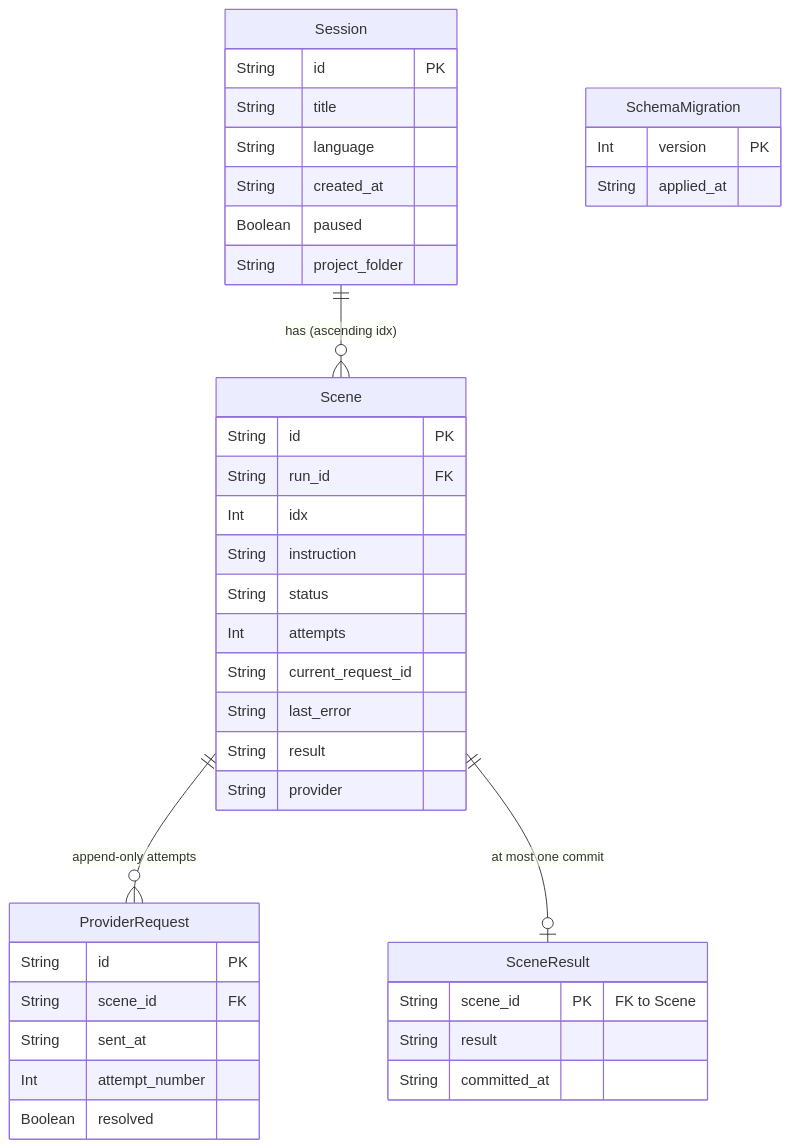
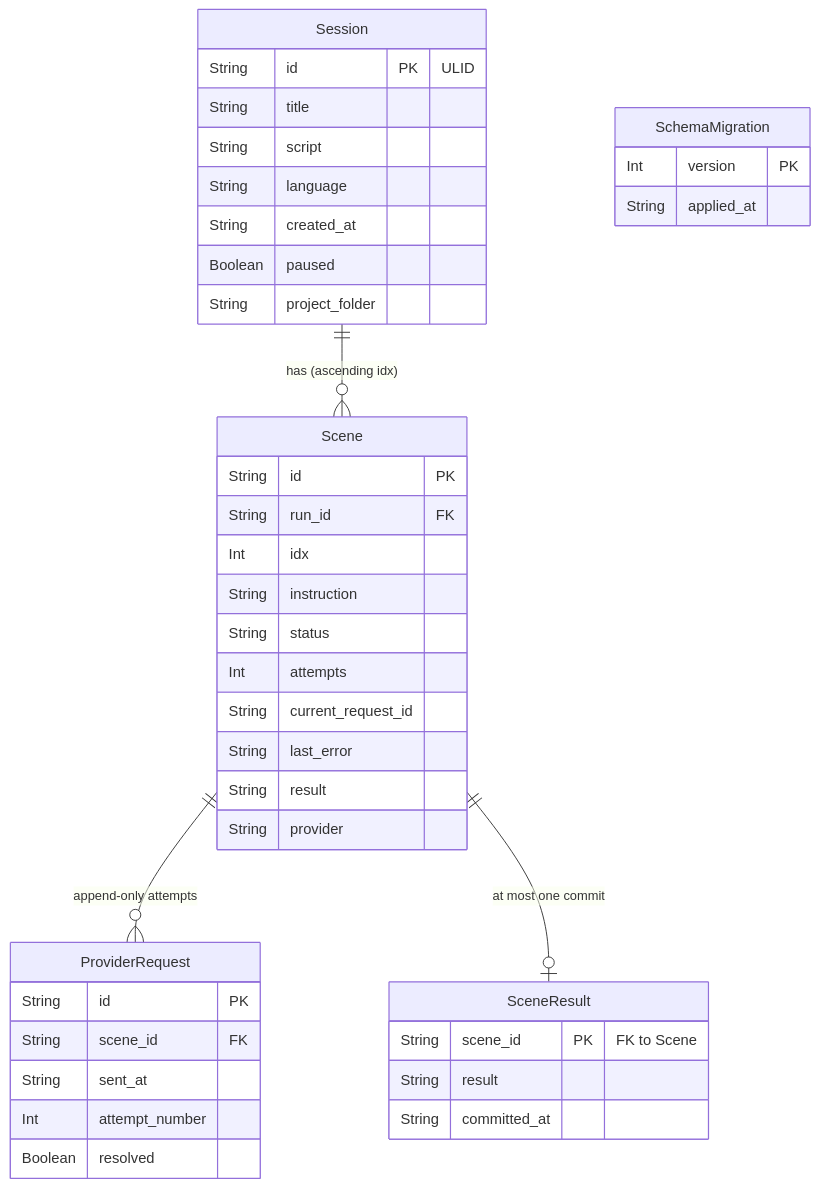
The diagram in docs/data-model.md (TonyMElguezabal/AI4Devs-finalproject), drawn with Mermaid before and after one commit. The commit also changed other lines of this file and 50 other files, not shown here.

````diff
--- a/docs/data-model.md
+++ b/docs/data-model.md
@@ -78,43 +79,44 @@
 ```mermaid
 erDiagram
     Session {
-        String id PK
+        String id PK "ULID"
         String title
+        String script
         String language
         String created_at
         Boolean paused
         String project_folder
     }
     Scene {
         String id PK
         String run_id FK
         Int idx
         String instruction
         String status
         Int attempts
         String current_request_id
         String last_error
         String result
         String provider
     }
     ProviderRequest {
         String id PK
         String scene_id FK
         String sent_at
         Int attempt_number
         Boolean resolved
     }
     SceneResult {
         String scene_id PK "FK to Scene"
         String result
         String committed_at
     }
     SchemaMigration {
         Int version PK
         String applied_at
     }
 
     Session ||--o{ Scene : "has (ascending idx)"
     Scene ||--o{ ProviderRequest : "append-only attempts"
     Scene ||--o| SceneResult : "at most one commit"
 ```
````
